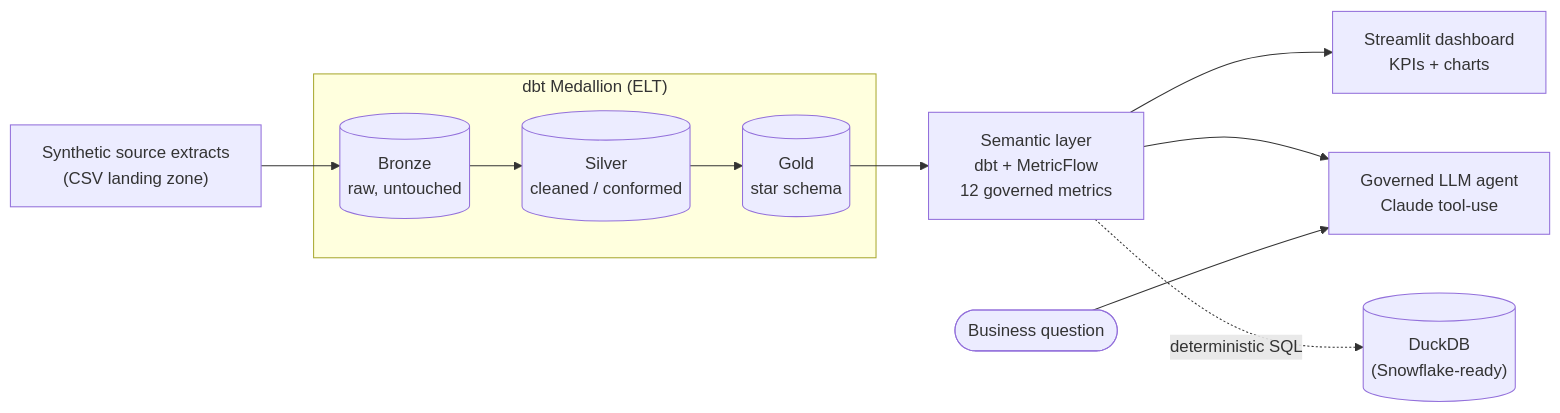
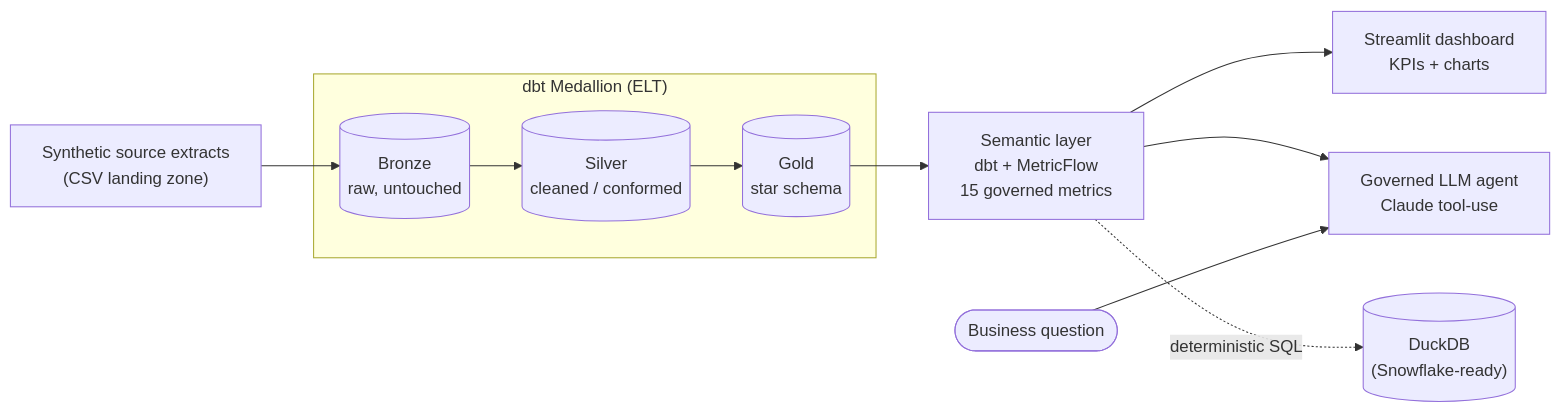
The first of 2 diagrams in README.md (behramkorkut/Governed-Analytics-Agent), drawn with Mermaid before and after one commit. The commit also changed other lines of this file and 5 other files, not shown here.

Commit message:
feat(semantic): add customer-loyalty metrics (repeat_customer_rate) end to end

````diff
--- a/README.md
+++ b/README.md
@@ -89,17 +89,17 @@
 ```mermaid
 flowchart LR
     SRC["Synthetic source extracts<br/>(CSV landing zone)"] --> BRONZE[("Bronze<br/>raw, untouched")]
     BRONZE --> SILVER[("Silver<br/>cleaned / conformed")]
     SILVER --> GOLD[("Gold<br/>star schema")]
-    GOLD --> SEM["Semantic layer<br/>dbt + MetricFlow<br/>12 governed metrics"]
+    GOLD --> SEM["Semantic layer<br/>dbt + MetricFlow<br/>15 governed metrics"]
     SEM --> DASH["Streamlit dashboard<br/>KPIs + charts"]
     SEM --> AGENT["Governed LLM agent<br/>Claude tool-use"]
     USER(["Business question"]) --> AGENT
     SEM -.->|deterministic SQL| DUCK[("DuckDB<br/>(Snowflake-ready)")]
 
     subgraph ELT["dbt Medallion (ELT)"]
         BRONZE
         SILVER
         GOLD
     end
 ```
````
